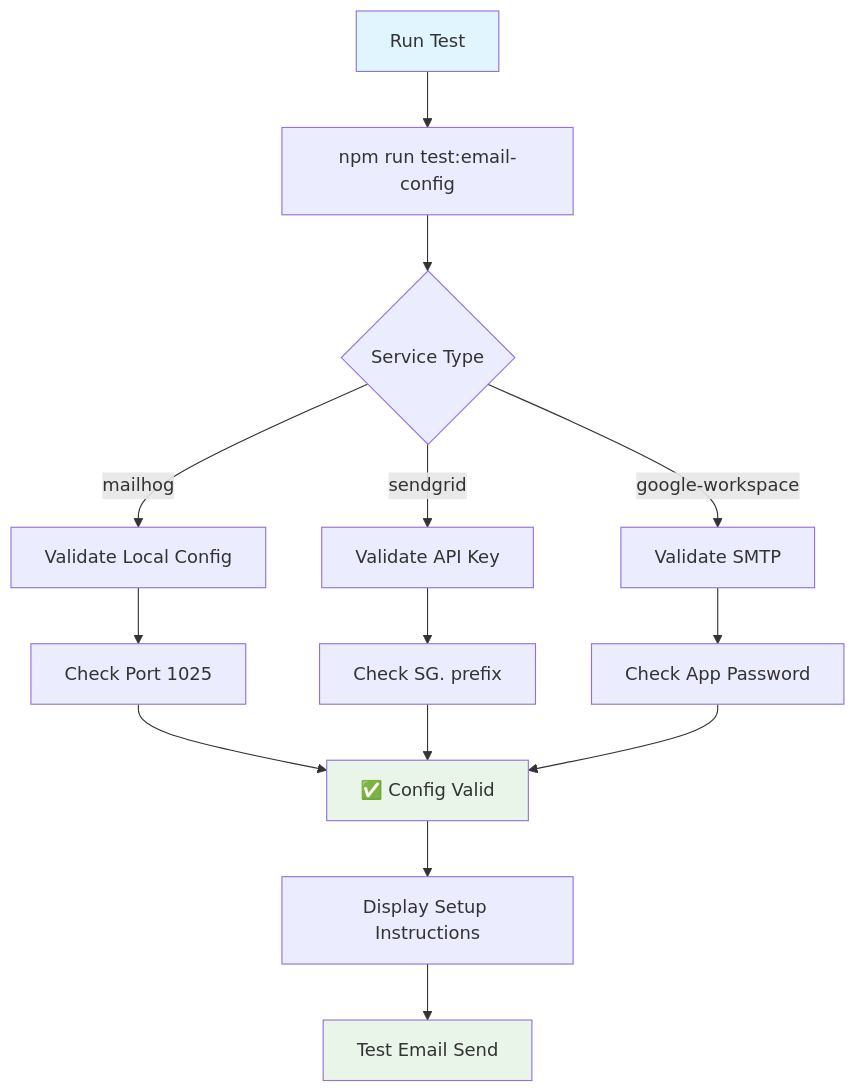
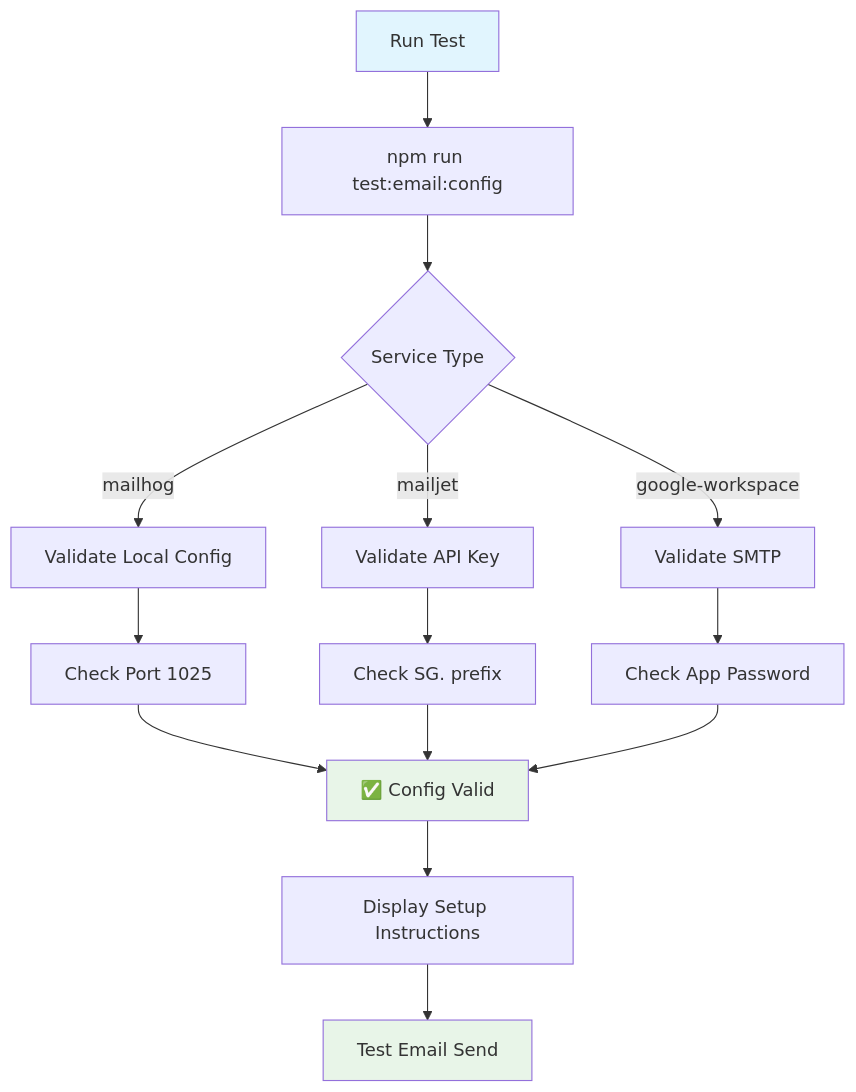
Before and after one commit to josephnguyen-macusaone/abc-dashboard: diagram 11 of 15 in backend/docs/guides/email-service-overview.md, drawn with Mermaid. The commit also changed other lines of this file and 141 other files, not shown here.

````diff
--- a/backend/docs/guides/email-service-overview.md
+++ b/backend/docs/guides/email-service-overview.md
@@ -452,24 +366,24 @@
 ```mermaid
 flowchart TD
-    A[Run Test] --> B[npm run test:email-config]
+    A[Run Test] --> B[npm run test:email:config]
     B --> C{Service Type}
 
     C -->|mailhog| D[Validate Local Config]
-    C -->|sendgrid| E[Validate API Key]
+    C -->|mailjet| E[Validate API Key]
     C -->|google-workspace| F[Validate SMTP]
 
     D --> G[Check Port 1025]
     E --> H[Check SG. prefix]
     F --> I[Check App Password]
 
     G --> J[✅ Config Valid]
     H --> J
     I --> J
 
     J --> K[Display Setup Instructions]
     K --> L[Test Email Send]
 
     style A fill:#e1f5fe
     style J fill:#e8f5e8
     style L fill:#e8f5e8
 ```
````
